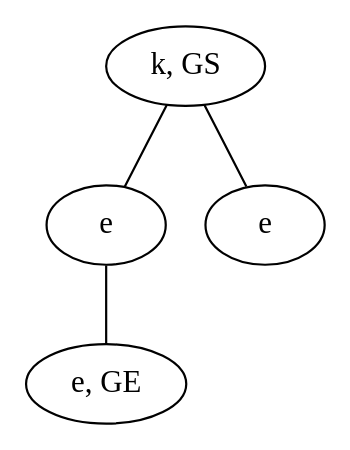
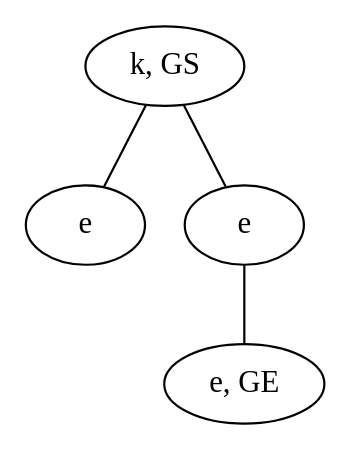
Before and after one commit to schrum2/MM-NEAT: the diagram in data/VGLC/Zelda/rules/1/11_K-E.dot, drawn with Graphviz. The commit also changed 46 other files, not shown here.

```diff
--- a/data/VGLC/Zelda/rules/1/11_K-E.dot
+++ b/data/VGLC/Zelda/rules/1/11_K-E.dot
@@ -1,9 +1,9 @@
 graph {
-mNhn [label="k, GS"]
-ACXj [label="e, GE"]
-FWpM [label="e"]
-HteR [label="e"]
-mNhn -- FWpM
-mNhn -- HteR
-FWpM -- ACXj
+UvHk [label="k, GS"]
+jbvj [label="e, GE"]
+gvzX [label="e"]
+geYs [label="e"]
+UvHk -- gvzX
+UvHk -- geYs
+geYs -- jbvj
 }
```
